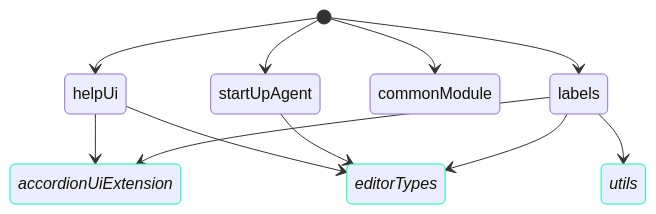
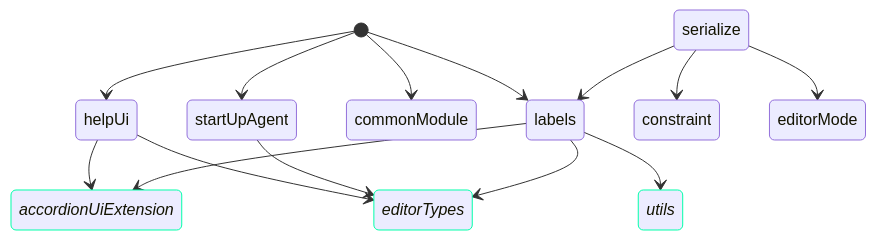
The diagram in frontend/webEditor/dependencyGraph.md (DataFlowAnalysis/OnlineEditor), drawn with Mermaid before and after one commit. The commit also changed other lines of this file and 4 other files, not shown here.

````diff
--- a/frontend/webEditor/dependencyGraph.md
+++ b/frontend/webEditor/dependencyGraph.md
@@ -1,16 +1,20 @@
 ```mermaid
 stateDiagram-v2
     [*] --> helpUi
     [*] --> startUpAgent
     helpUi --> accordionUiExtension
     helpUi --> editorTypes
     startUpAgent --> editorTypes
     [*] --> commonModule
     [*] --> labels
     labels --> utils
     labels --> editorTypes
     labels --> accordionUiExtension
 
+    serialize --> labels
+    serialize --> constraint
+    serialize --> editorMode
+
     classDef diLess font-style:italic,stroke:#0fa
     class accordionUiExtension,editorTypes,utils diLess
 ```
````
